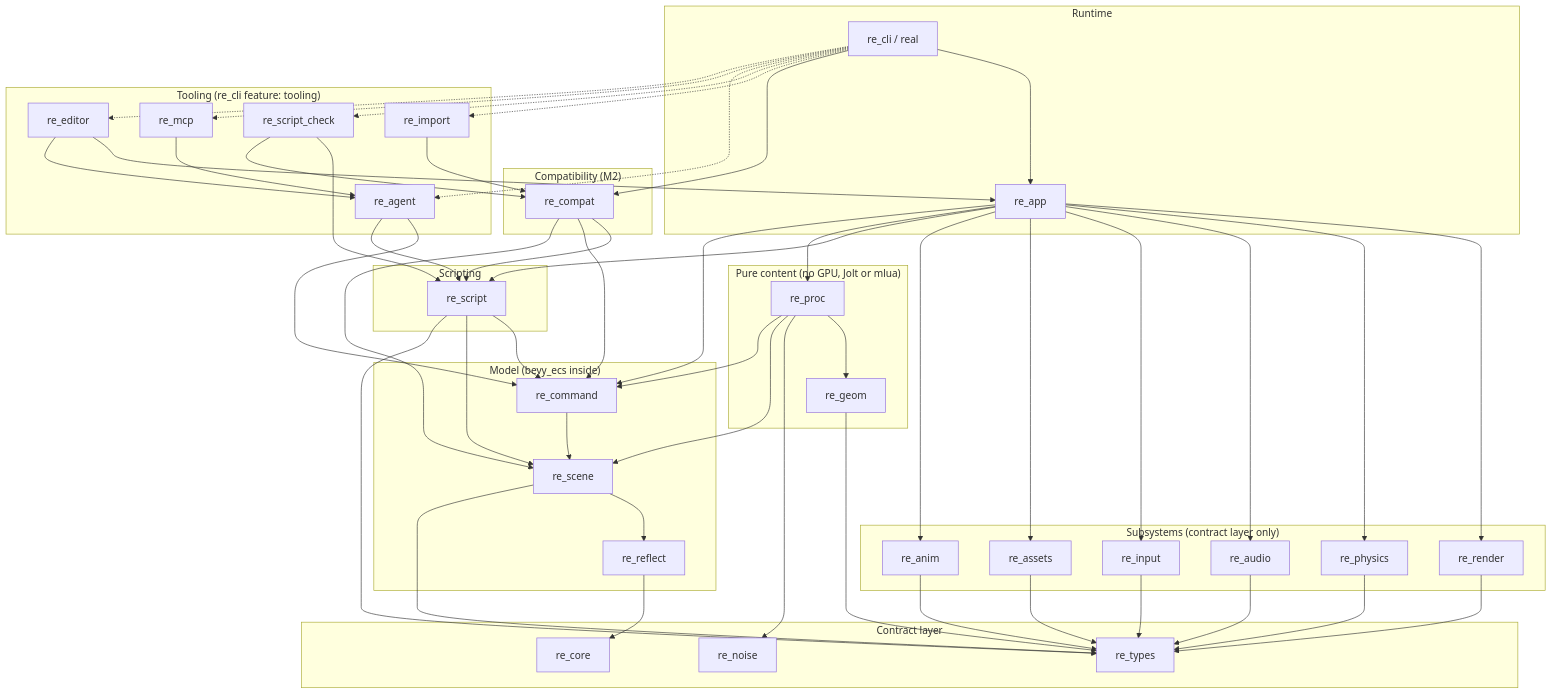
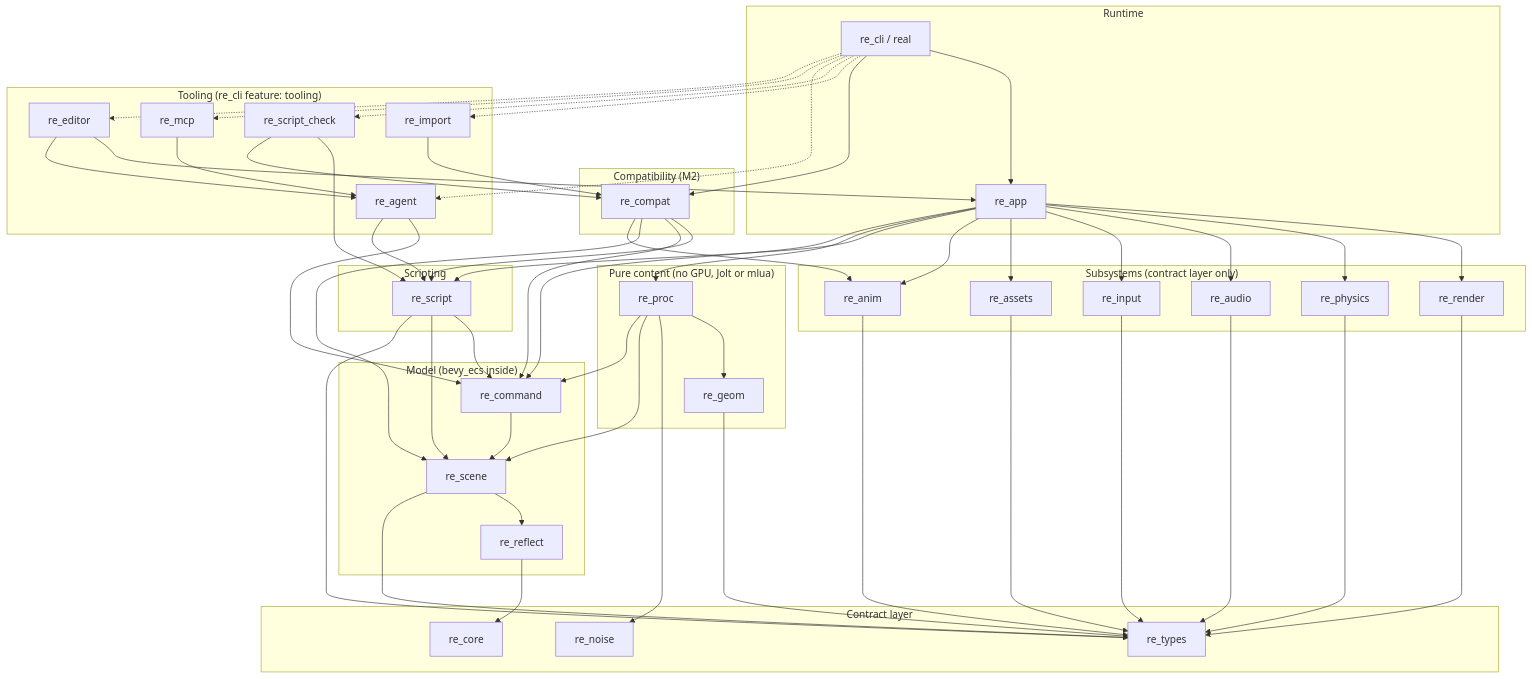
Before and after one commit to dullyontop/real-engine: the diagram in docs/ARCHITECTURE.md, drawn with Mermaid. The commit also changed other lines of this file, not shown here.

First line of the commit message:
ARCHITECTURE: re_compat may use re_anim (WP14)

````diff
--- a/docs/ARCHITECTURE.md
+++ b/docs/ARCHITECTURE.md
@@ -31,74 +31,75 @@
 ```mermaid
 graph TD
   subgraph "Contract layer"
     core[re_core]
     types[re_types]
     noise[re_noise]
   end
 
   subgraph "Model (bevy_ecs inside)"
     reflect[re_reflect] --> core
     scene[re_scene] --> reflect
     scene --> types
     command[re_command] --> scene
   end
 
   subgraph "Pure content (no GPU, Jolt or mlua)"
     geom[re_geom] --> types
     proc[re_proc] --> geom
     proc --> noise
     proc --> scene
     proc --> command
   end
 
   subgraph "Subsystems (contract layer only)"
     render[re_render] --> types
     physics[re_physics] --> types
     audio[re_audio] --> types
     input[re_input] --> types
     assets[re_assets] --> types
     anim[re_anim] --> types
   end
 
   subgraph Scripting
     script[re_script] --> command
     script --> scene
     script --> types
   end
 
   subgraph Runtime
     app[re_app] --> render
     app --> physics
     app --> audio
     app --> input
     app --> assets
     app --> anim
     app --> script
     app --> proc
     app --> command
     cli[re_cli / real] --> app
   end
 
   subgraph "Compatibility (M2)"
     compat[re_compat] --> script
     compat --> command
     compat --> scene
+    compat --> anim
     cli --> compat
   end
 
   subgraph "Tooling (re_cli feature: tooling)"
     check[re_script_check] --> script
     check --> compat
     import[re_import] --> compat
     cli -.-> import
     agent[re_agent] --> command
     agent --> script
     mcp[re_mcp] --> agent
     editor[re_editor] --> app
     editor --> agent
     cli -.-> check
     cli -.-> agent
     cli -.-> mcp
     cli -.-> editor
   end
 ```
````
